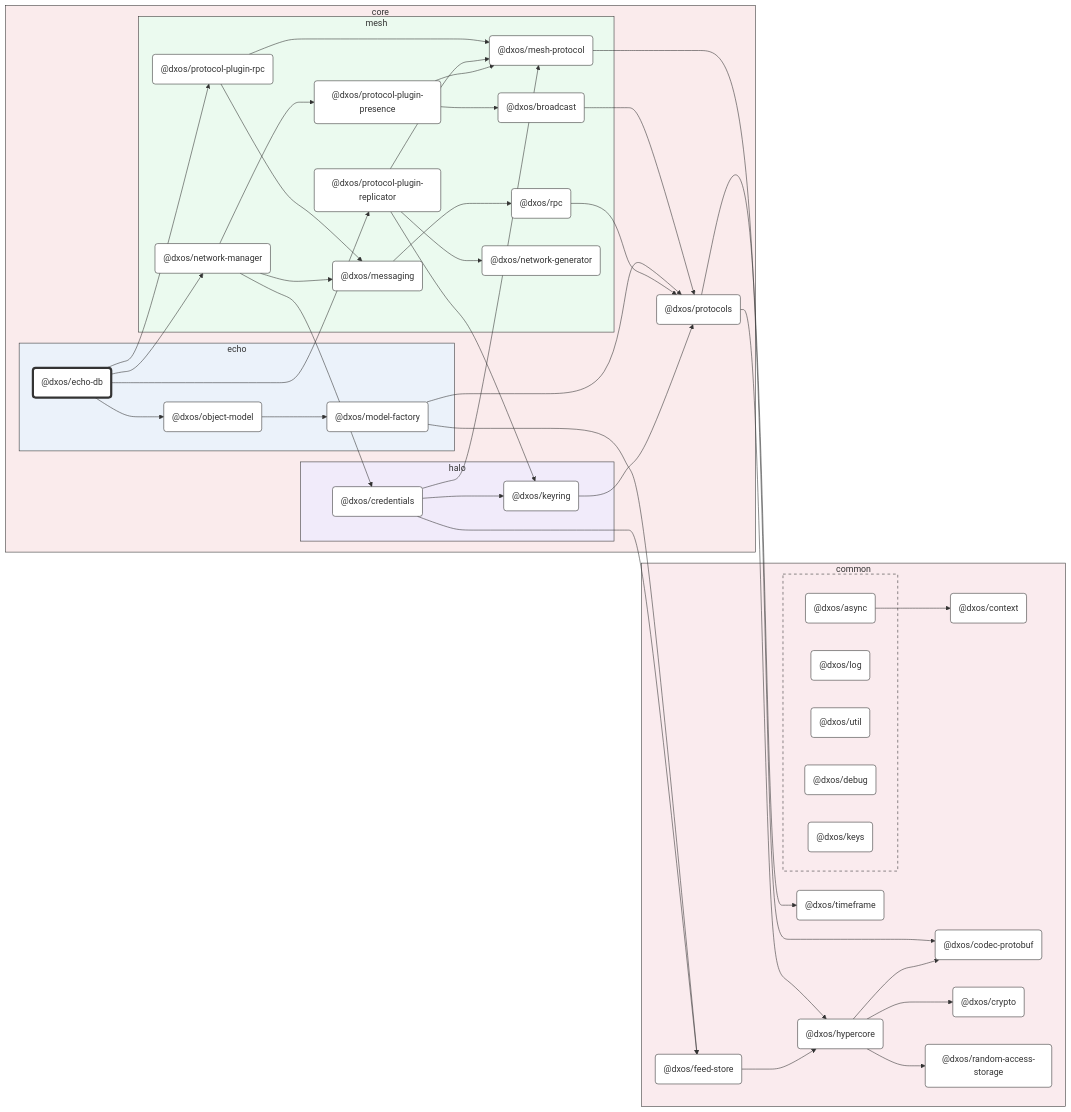
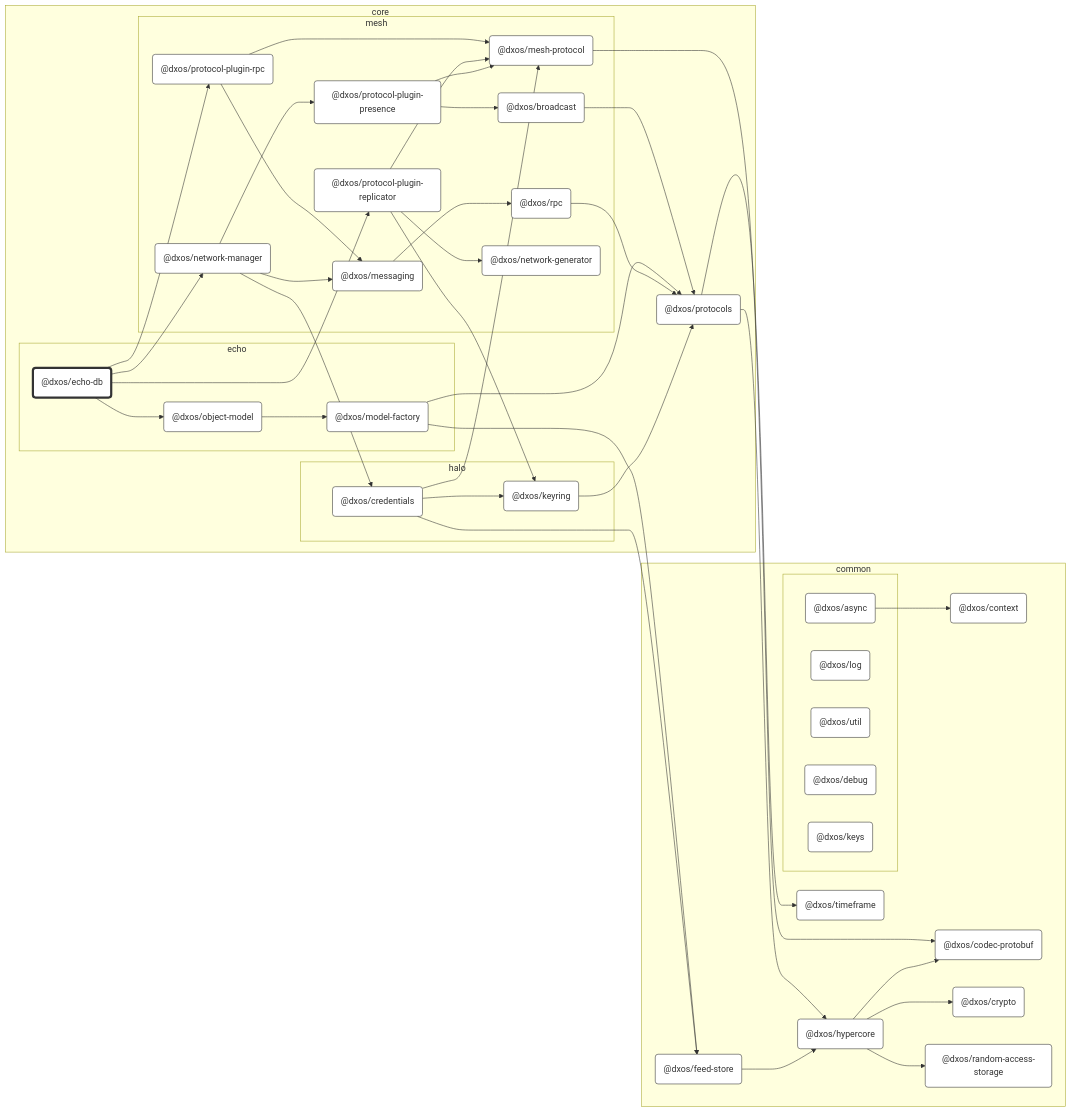
One commit to dxos/dxos changed the second of 2 diagrams in packages/core/echo/echo-db/docs/README.md. Above: the diagram before and after it, drawn with Mermaid. The commit also changed 80 other files, not shown here.

```diff
--- a/packages/core/echo/echo-db/docs/README.md
+++ b/packages/core/echo/echo-db/docs/README.md
@@ -26,12 +26,10 @@
 %% Nodes
 
 subgraph core [core]
-  style core fill:#faebec,stroke:#333
   dxos/protocols("@dxos/protocols"):::def
   click dxos/protocols "dxos/dxos/tree/main/packages/core/protocols/docs"
 
   subgraph echo [echo]
-    style echo fill:#ebf2fa,stroke:#333
     dxos/echo-db("@dxos/echo-db"):::root
     click dxos/echo-db "dxos/dxos/tree/main/packages/core/echo/echo-db/docs"
     dxos/model-factory("@dxos/model-factory"):::def
@@ -41,7 +39,6 @@
   end
 
   subgraph halo [halo]
-    style halo fill:#f1ebfa,stroke:#333
     dxos/credentials("@dxos/credentials"):::def
     click dxos/credentials "dxos/dxos/tree/main/packages/core/halo/credentials/docs"
     dxos/keyring("@dxos/keyring"):::def
@@ -49,7 +46,6 @@
   end
 
   subgraph mesh [mesh]
-    style mesh fill:#ebfaef,stroke:#333
     dxos/mesh-protocol("@dxos/mesh-protocol"):::def
     click dxos/mesh-protocol "dxos/dxos/tree/main/packages/core/mesh/mesh-protocol/docs"
     dxos/messaging("@dxos/messaging"):::def
@@ -72,7 +68,6 @@
 end
 
 subgraph common [common]
-  style common fill:#faebee,stroke:#333
   dxos/context("@dxos/context"):::def
   click dxos/context "dxos/dxos/tree/main/packages/common/context/docs"
   dxos/codec-protobuf("@dxos/codec-protobuf"):::def
@@ -89,7 +84,6 @@
   click dxos/timeframe "dxos/dxos/tree/main/packages/common/timeframe/docs"
 
   subgraph _ [ ]
-    style _ fill:#faebee,stroke:#333,stroke-dasharray:5 5
     dxos/async("@dxos/async"):::def
     click dxos/async "dxos/dxos/tree/main/packages/common/async/docs"
     dxos/log("@dxos/log"):::def
```
